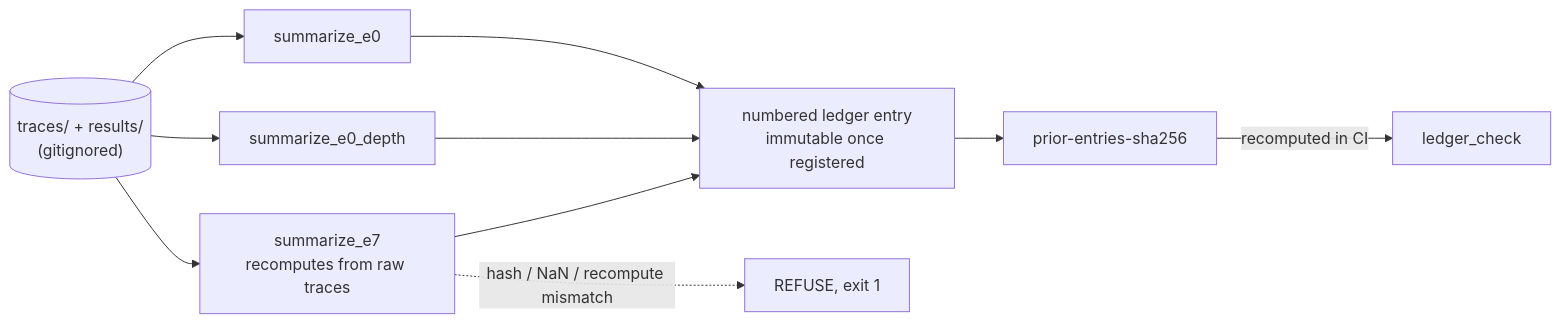
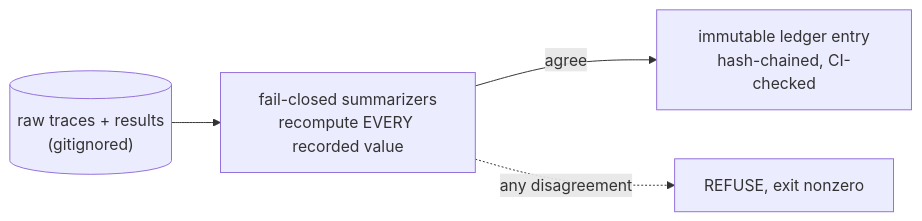
One commit to hossainpazooki/linear-ceiling changed the diagram in README.md. Above: the diagram before and after it, drawn with Mermaid. The commit also changed other lines of this file and 1 other file, not shown here.

````diff
--- a/README.md
+++ b/README.md
@@ -52,11 +52,6 @@
 ```mermaid
 flowchart LR
-    RAW[("traces/ + results/<br/>(gitignored)")] --> S1[summarize_e0]
-    RAW --> S2[summarize_e0_depth]
-    RAW --> S3[summarize_e7<br/>recomputes from raw traces]
-    S1 --> E[numbered ledger entry<br/>immutable once registered]
-    S2 --> E
-    S3 --> E
-    S3 -.->|hash / NaN / recompute mismatch| REF[REFUSE, exit 1]
-    E --> H[prior-entries-sha256] -->|recomputed in CI| LC[ledger_check]
+    RAW[("raw traces + results<br/>(gitignored)")] --> S["fail-closed summarizers<br/>recompute EVERY recorded value"]
+    S -->|agree| E[immutable ledger entry<br/>hash-chained, CI-checked]
+    S -.->|any disagreement| R[REFUSE, exit nonzero]
 ```
````
